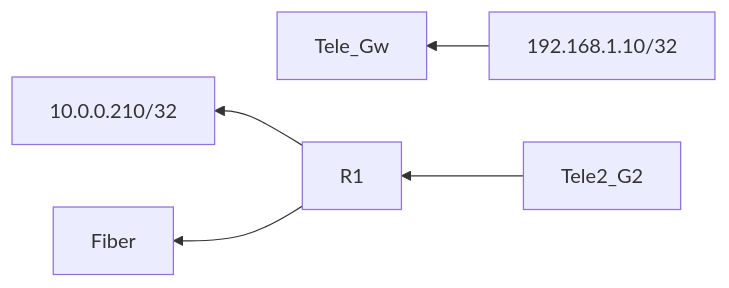
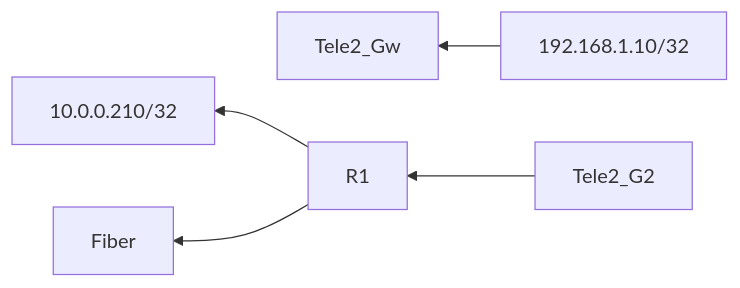
One commit to notkasim/DOCS changed the third of 3 diagrams in Topology.md. Above: the diagram before and after it, drawn with Mermaid.

````diff
--- a/Topology.md
+++ b/Topology.md
@@ -17,7 +17,7 @@
 ```mermaid
 graph RL;
-    192.168.1.10/32-->Tele_Gw;
+    192.168.1.10/32-->Tele2_Gw;
     Tele2_G2-->R1;
     R1-->10.0.0.210/32;
     R1-->Fiber;
 ```
````
